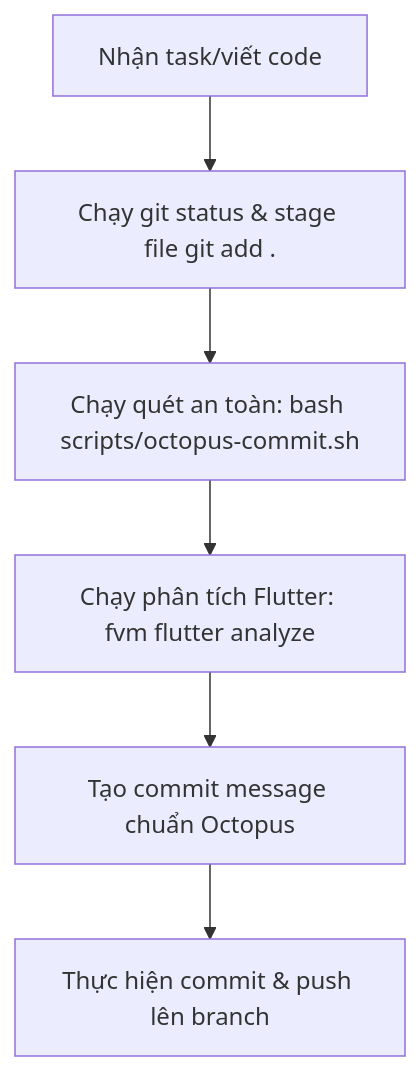
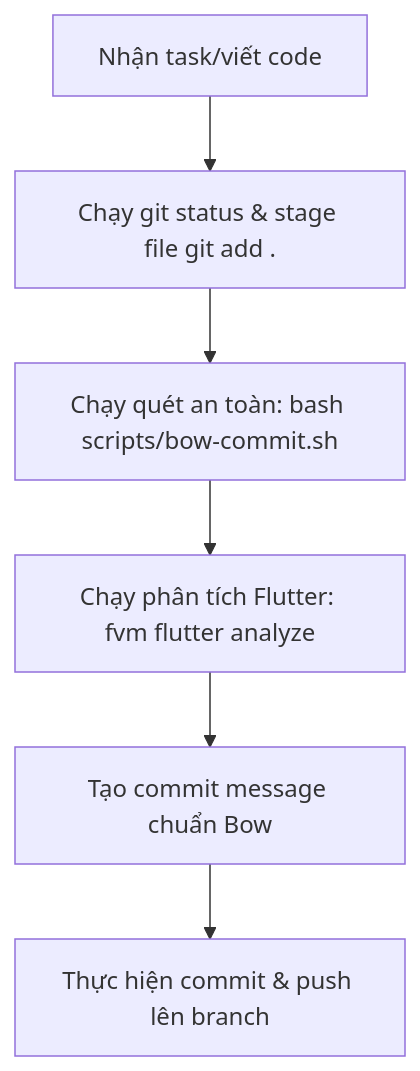
The diagram in skills/monorepo/CLAUDE.md (Bow-T/bow-agent), drawn with Mermaid before and after one commit. The commit also changed other lines of this file and 16 other files, not shown here.

First line of the commit message:
Feat(core): remove newProject option and rename octopus to bow

````diff
--- a/skills/monorepo/CLAUDE.md
+++ b/skills/monorepo/CLAUDE.md
@@ -33,8 +33,8 @@
 ```mermaid
 graph TD
     A[Nhận task/viết code] --> B[Chạy git status & stage file git add .]
-    B --> C[Chạy quét an toàn: bash scripts/octopus-commit.sh]
+    B --> C[Chạy quét an toàn: bash scripts/bow-commit.sh]
     C --> D[Chạy phân tích Flutter: fvm flutter analyze]
-    D --> E[Tạo commit message chuẩn Octopus]
+    D --> E[Tạo commit message chuẩn Bow]
     E --> F[Thực hiện commit & push lên branch]
 ```
````
